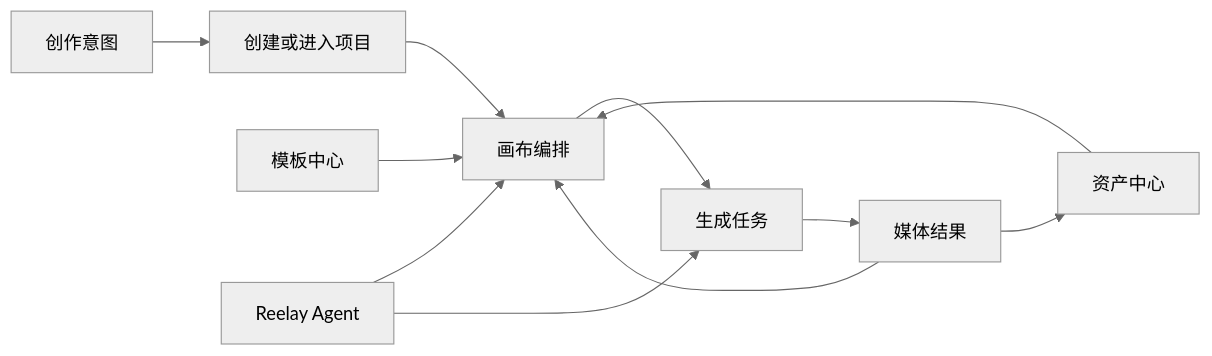
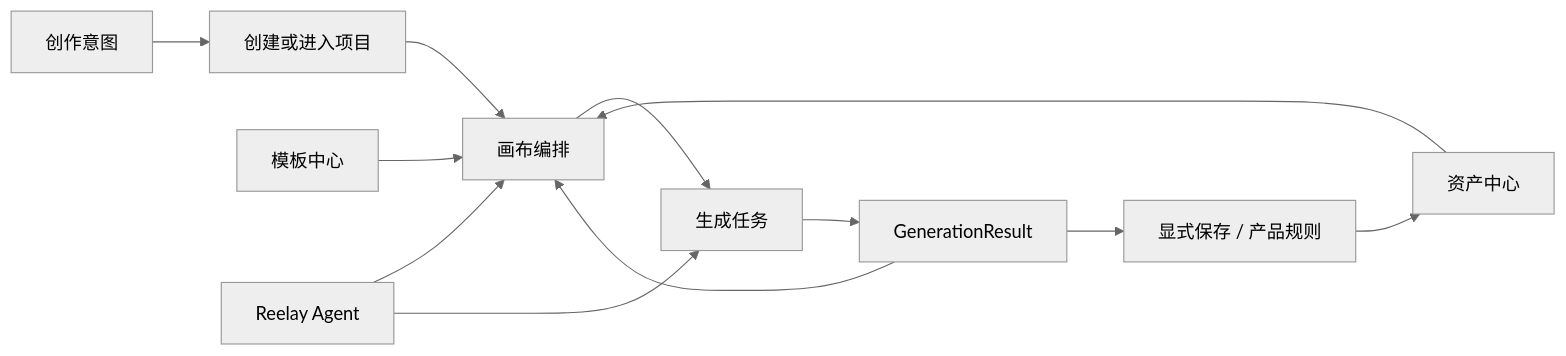
Before and after one commit to Heo7n/reelay-canvas-prototype: the first of 3 diagrams in docs/product-expansion-plan.md, drawn with Mermaid (neutral theme). The commit also changed other lines of this file and 17 other files, not shown here.

````diff
--- a/docs/product-expansion-plan.md
+++ b/docs/product-expansion-plan.md
@@ -17,13 +29,14 @@
 ```mermaid
 flowchart LR
   Idea["创作意图"] --> Project["创建或进入项目"]
   Project --> Canvas["画布编排"]
   Asset["资产中心"] --> Canvas
   Template["模板中心"] --> Canvas
   Canvas --> Task["生成任务"]
-  Task --> Result["媒体结果"]
-  Result --> Asset
+  Task --> Result["GenerationResult"]
+  Result --> Promote["显式保存 / 产品规则"]
+  Promote --> Asset
   Result --> Canvas
   Agent["Reelay Agent"] --> Canvas
   Agent --> Task
 ```
````
